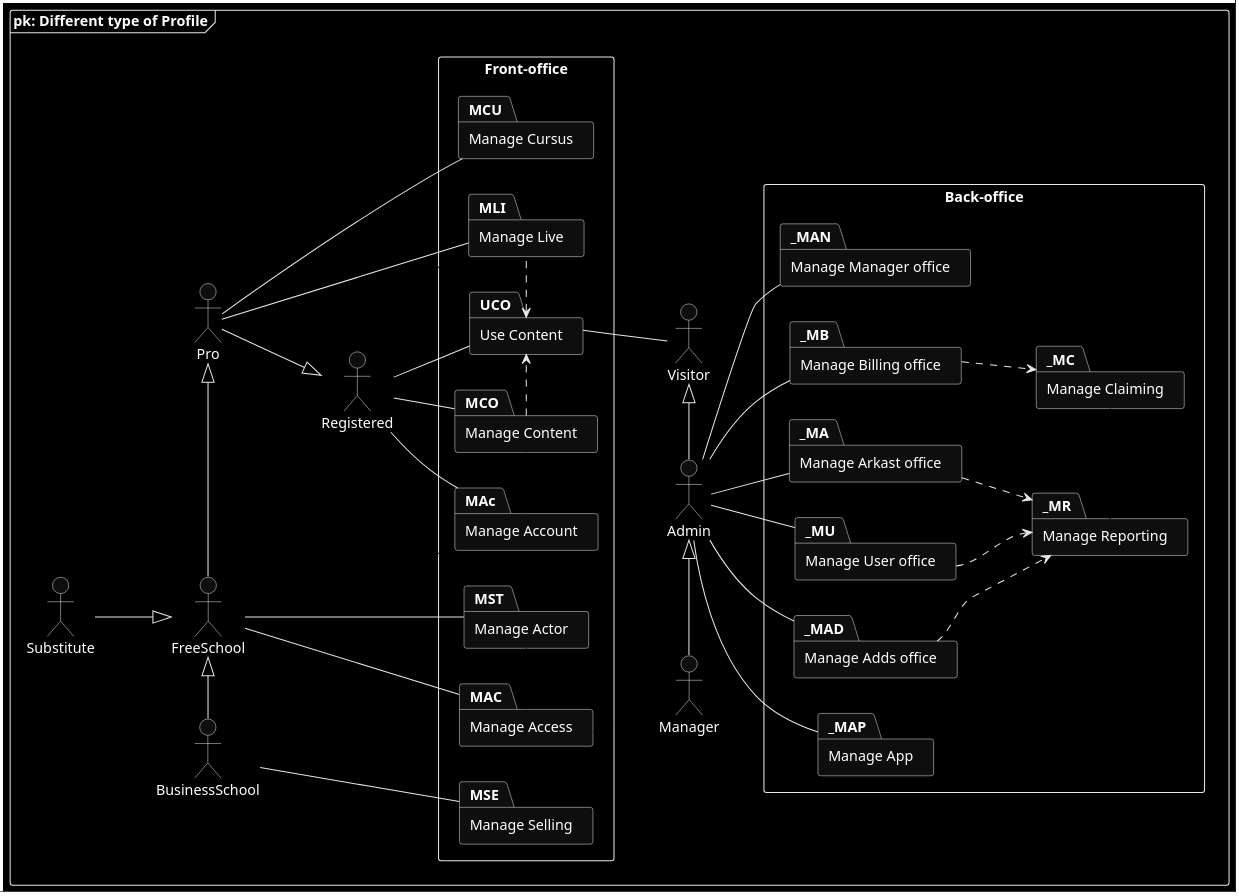
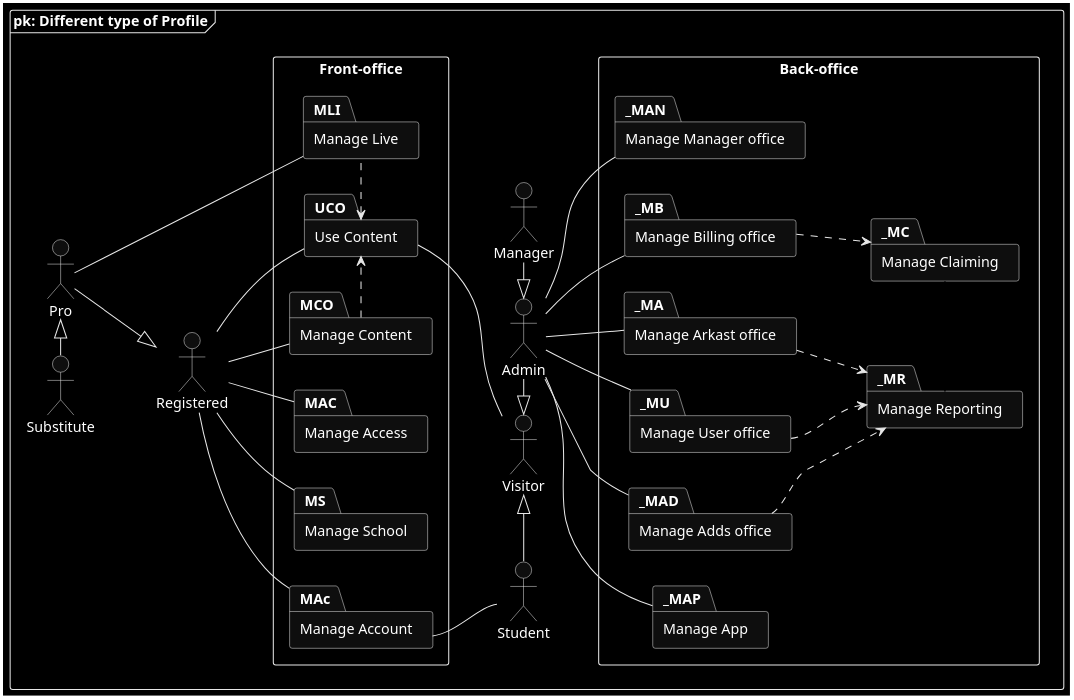
Before and after one commit to SSMM0498/arkad-conception: the diagram in models/1.UseCase/global/1.UseCase.puml, drawn with PlantUML.

Commit message:
🌟 update package diagram

```diff
--- a/models/1.UseCase/global/1.UseCase.puml
+++ b/models/1.UseCase/global/1.UseCase.puml
@@ -1,100 +1,87 @@
-@startuml
+@startuml "Package diagram"
 left to right direction
 skinparam shadowing false
 skinparam monochrome reverse
 
 frame "pk: Different type of Profile" {
     actor Registered
     actor Pro
-    actor FreeSchool
+    actor Substitute
     actor Visitor
-    actor Substitute
-    actor BusinessSchool
     actor Admin
+    actor Student
     actor Manager
 
     Registered <|-up- Pro
-    Registered <|-left- FreeSchool #line:white
-    Pro <|-left- FreeSchool
-    FreeSchool <|-left- BusinessSchool
-    FreeSchool <|-up- Substitute
-    Visitor <|-left- Admin
-    Admin <|-left- Manager
+    Pro <|-left- Substitute
+    Visitor <|-right- Admin
+    Admin <|-right- Manager
+    Visitor <|-left- Student
 
     rectangle "Front-office" {
         ' package "Services" as SE {
-            package "Manage Cursus" as MCU {
-            }
             package "Manage Live" as MLI {
             }
-            package "Manage Account" as MAc {
+            package "Use Content" as UCO {
             }
             package "Manage Content" as MCO {
             }
             package "Manage Access" as MAC {
             }
-            package "Manage Actor" as MST {
+            package "Manage School" as MS {
             }
-            package "Use Content" as UCO {
+            package "Manage Account" as MAc {
             }
-            package "Manage Selling" as MSE {
-            }
-            MCO .right. MAc #line:white
-            MAc .left. MAC #line:white
-            MAC .left. MST #line:white
+            MLI .left.> UCO
             MCO .right.> UCO
-            MLI .left.> UCO
         ' }
 
         ' package "Security" as S {
         ' }
 
         ' SE .left.> S
     }
 
-    :BusinessSchool: -right- MSE
     :Pro: -left- MLI
-    :Pro: -right- MCU
     :Registered: -- MAc
     :Registered: -- MCO
-    :Registered: -down- MLI #line:white;line.dashed
     :Registered: -- UCO
-    :Manager: -up- MAC #line:white;line.dashed
+    :Student: -up- MAc
     :Visitor: -left- UCO
-    :FreeSchool: -left- MAC
-    :FreeSchool: -right- MST
+    :Registered: -left- MAC
+    :Registered: -right- MS
 
     rectangle "Back-office" {
         package "Manage Manager office" as _MAN {
         }
         package "Manage Arkast office" as _MA {
         }
         package "Manage User office" as _MU {
         }
         package "Manage Adds office" as _MAD {
         }
         package "Manage Billing office" as _MB {
         }
         package "Manage Reporting" as _MR {
         }
         package "Manage Claiming" as _MC {
         }
         package "Manage App" as _MAP {
         }
 
         _MR <|-right- _MC #line:white
         _MU .down.> _MR
         _MA .down.> _MR
         _MAD .down.> _MR
         _MB .down.> _MC
     }
 
     ' _SAP -- S
     :Admin: -down- _MAN
     :Admin: -down- _MAP
     :Admin: -down- _MA
     :Admin: -down- _MU
     :Admin: -down- _MAD
     :Admin: -down- _MB
 }
 @enduml
```
